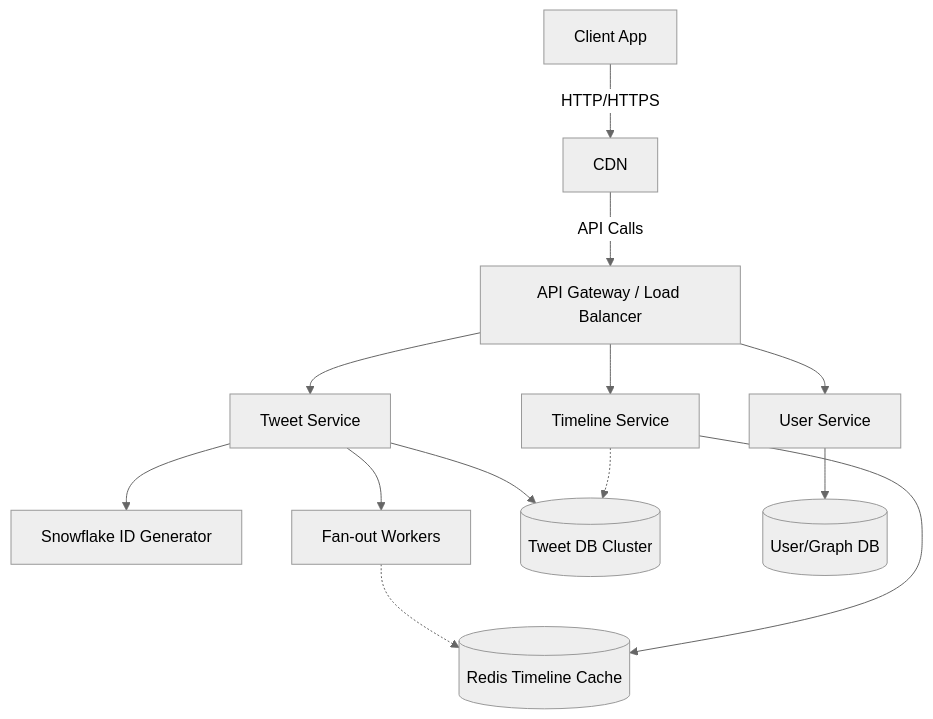
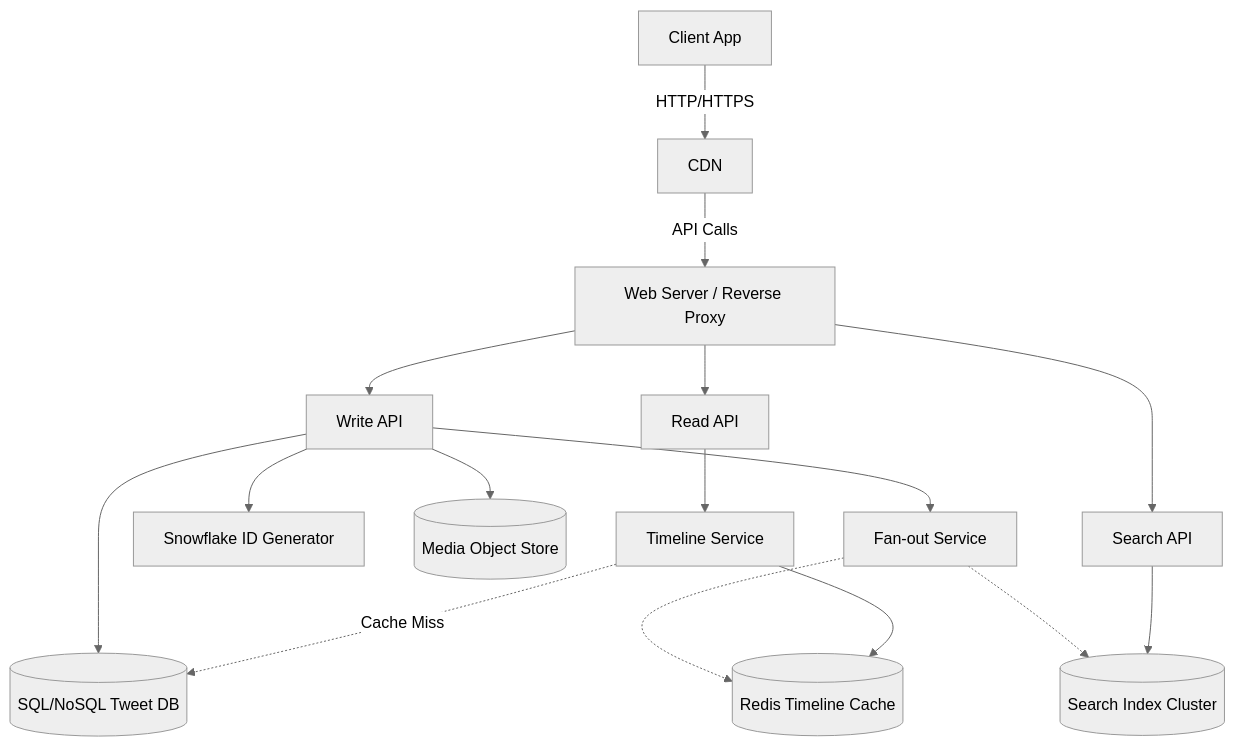
Before and after one commit to Ankur-glitchtracer/docs: the diagram in system_design_hld/architectures/social_media/TWITTER_HLD.md, drawn with Mermaid (neutral theme). The commit also changed other lines of this file and 105 other files, not shown here.

`````diff
--- a/system_design_hld/architectures/social_media/TWITTER_HLD.md
+++ b/system_design_hld/architectures/social_media/TWITTER_HLD.md
@@ -70,20 +82,23 @@
 ```mermaid
 graph TD
     Client[Client App] -->|HTTP/HTTPS| CDN[CDN]
-    CDN --> |API Calls| API_GW[API Gateway / Load Balancer]
+    CDN --> |API Calls| API_GW[Web Server / Reverse Proxy]
     
-    API_GW --> TweetSvc[Tweet Service]
-    API_GW --> TimelineSvc[Timeline Service]
-    API_GW --> UserSvc[User Service]
+    API_GW --> WriteAPI[Write API]
+    API_GW --> ReadAPI[Read API]
+    API_GW --> SearchAPI[Search API]
     
-    TweetSvc --> IDGen[Snowflake ID Generator]
-    TweetSvc --> Fanout[Fan-out Workers]
+    WriteAPI --> IDGen[Snowflake ID Generator]
+    WriteAPI --> DB_Tweets[(SQL/NoSQL Tweet DB)]
+    WriteAPI --> ObjStore[(Media Object Store)]
+    WriteAPI --> Fanout[Fan-out Service]
     
     Fanout -.-> RedisCache[(Redis Timeline Cache)]
+    Fanout -.-> SearchCluster[(Search Index Cluster)]
+    
+    ReadAPI --> TimelineSvc[Timeline Service]
     TimelineSvc --> RedisCache
+    TimelineSvc -.-> |Cache Miss| DB_Tweets
     
-    TweetSvc --> DB_Tweets[(Tweet DB Cluster)]
-    UserSvc --> DB_Users[(User/Graph DB)]
-    
-    TimelineSvc -.-> DB_Tweets
-````
+    SearchAPI --> SearchCluster
+```
`````
